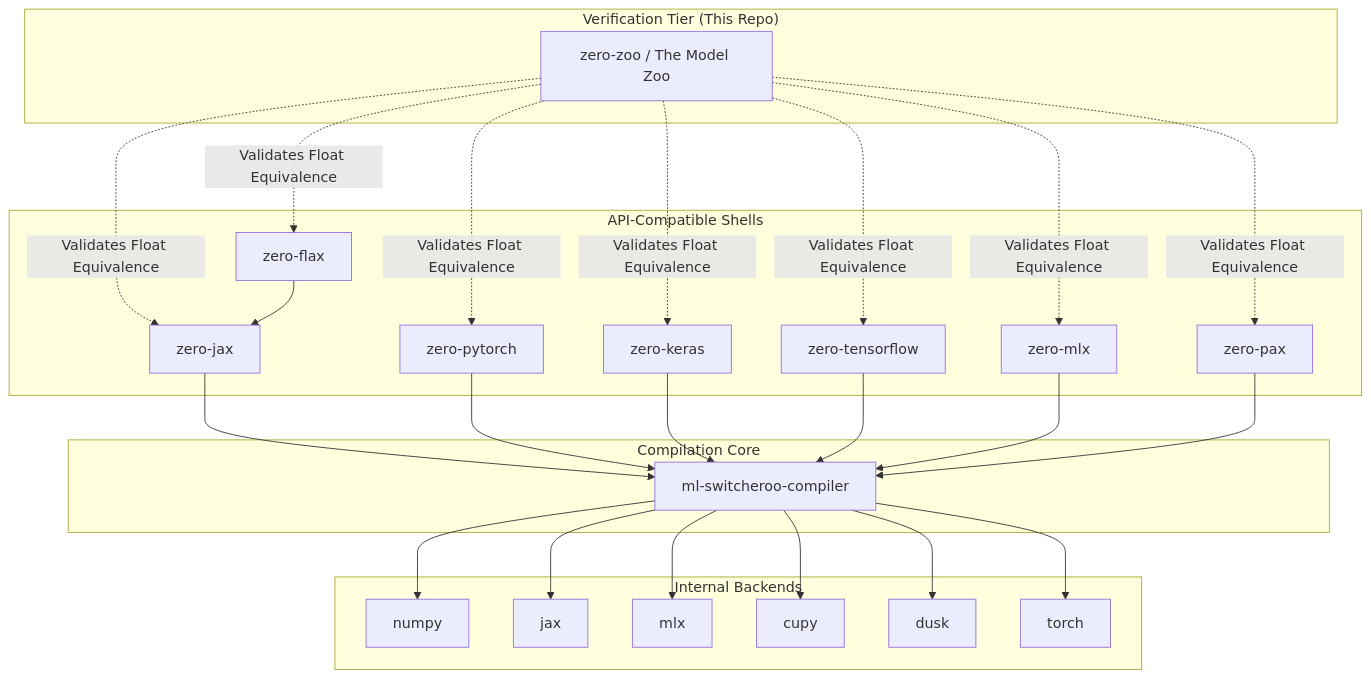
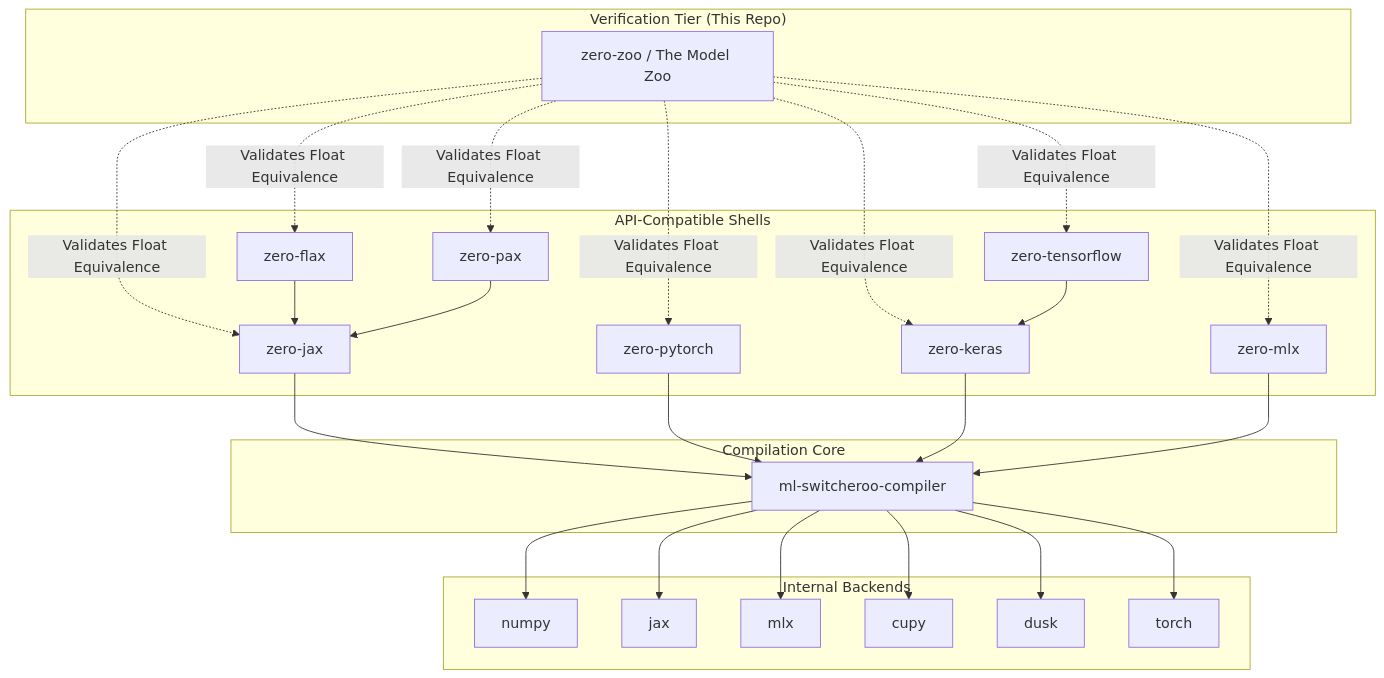
Before and after one commit to SamuelMarks/zero-zoo: the diagram in ARCHITECTURE.md, drawn with Mermaid. The commit also changed 46 other files, not shown here.

````diff
--- a/ARCHITECTURE.md
+++ b/ARCHITECTURE.md
@@ -70,52 +70,52 @@
 ```mermaid
 graph TD
     subgraph "Verification Tier (This Repo)"
         ZZ[zero-zoo / The Model Zoo]
     end
 
     subgraph "API-Compatible Shells"
         ZJ[zero-jax]
         ZF[zero-flax]
         ZP[zero-pytorch]
         ZK[zero-keras]
         ZT[zero-tensorflow]
         ZM[zero-mlx]
         ZPX[zero-pax]
     end
 
     subgraph "Compilation Core"
         COMP[ml-switcheroo-compiler]
     end
 
     subgraph "Internal Backends"
         NUMPY[numpy]
         JAX_B[jax]
         MLX_B[mlx]
         CUPY[cupy]
         DUSK[dusk]
         TORCH_B[torch]
     end
 
     ZZ -.->|Validates Float Equivalence| ZJ
     ZZ -.->|Validates Float Equivalence| ZF
     ZZ -.->|Validates Float Equivalence| ZP
     ZZ -.->|Validates Float Equivalence| ZK
     ZZ -.->|Validates Float Equivalence| ZT
     ZZ -.->|Validates Float Equivalence| ZM
     ZZ -.->|Validates Float Equivalence| ZPX
 
     ZJ --> COMP
     ZF --> ZJ
     ZP --> COMP
     ZK --> COMP
-    ZT --> COMP
+    ZT --> ZK
     ZM --> COMP
-    ZPX --> COMP
+    ZPX --> ZJ
     
     COMP --> NUMPY
     COMP --> JAX_B
     COMP --> MLX_B
     COMP --> CUPY
     COMP --> DUSK
     COMP --> TORCH_B
 ```
````
